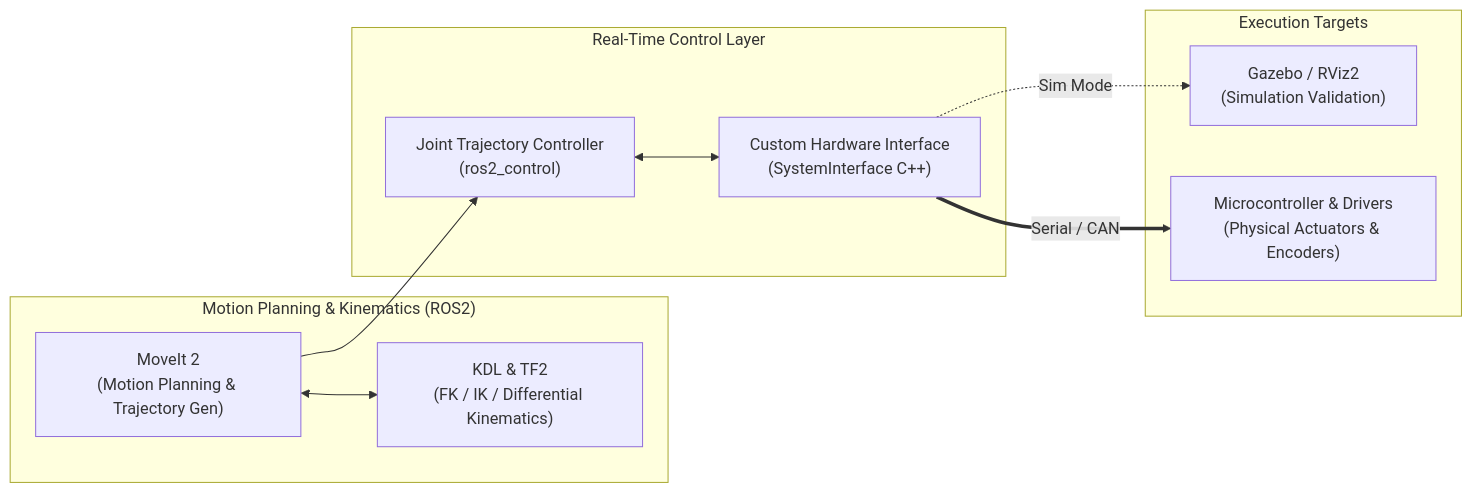
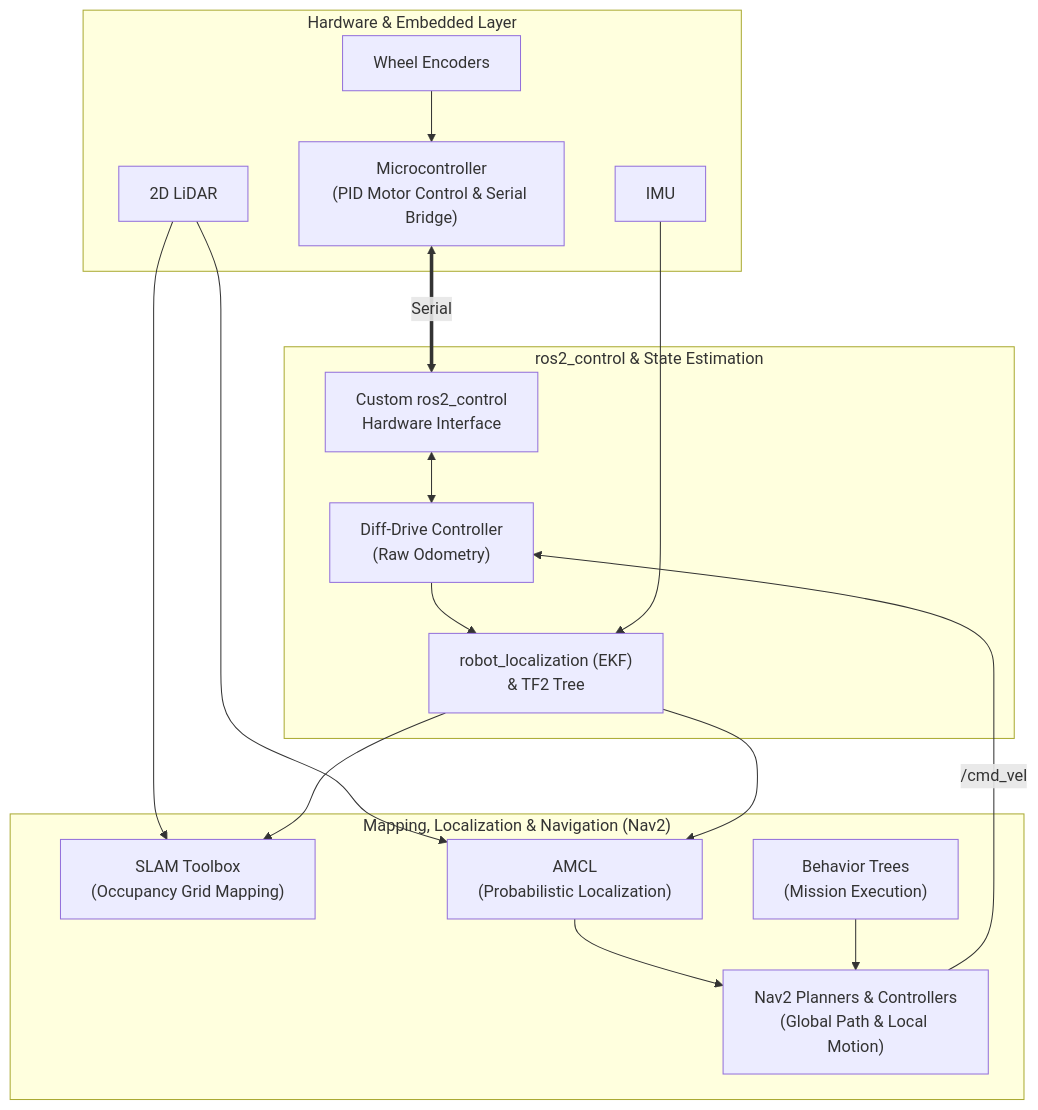
The diagram in projects/indoor-amr.md (Panosspap23/robotics-engineering-portfolio-), drawn with Mermaid before and after one commit. The commit also changed other lines of this file, not shown here.

````diff
--- a/projects/indoor-amr.md
+++ b/projects/indoor-amr.md
@@ -16,23 +16,34 @@
 ```mermaid
-flowchart LR
-    subgraph Planning ["Motion Planning & Kinematics (ROS2)"]
-        M2["MoveIt 2<br/>(Motion Planning & Trajectory Gen)"]
-        KDL["KDL & TF2<br/>(FK / IK / Differential Kinematics)"]
-        M2 <--> KDL
+flowchart TB
+    subgraph Sensors ["Hardware & Embedded Layer"]
+        ENC["Wheel Encoders"]
+        IMU["IMU"]
+        LIDAR["2D LiDAR"]
+        MCU["Microcontroller<br/>(PID Motor Control & Serial Bridge)"]
+        ENC --> MCU
     end
 
-    subgraph Control ["Real-Time Control Layer"]
-        JTC["Joint Trajectory Controller<br/>(ros2_control)"]
-        HW["Custom Hardware Interface<br/>(SystemInterface C++)"]
-        JTC <--> HW
+    subgraph Control ["ros2_control & State Estimation"]
+        HWI["Custom ros2_control<br/>Hardware Interface"]
+        DIFF["Diff-Drive Controller<br/>(Raw Odometry)"]
+        EKF["robot_localization (EKF)<br/>& TF2 Tree"]
+        MCU <== "Serial" ==> HWI
+        HWI <--> DIFF
+        DIFF --> EKF
+        IMU --> EKF
     end
 
-    subgraph Targets ["Execution Targets"]
-        SIM["Gazebo / RViz2<br/>(Simulation Validation)"]
-        MCU["Microcontroller & Drivers<br/>(Physical Actuators & Encoders)"]
+    subgraph Nav ["Mapping, Localization & Navigation (Nav2)"]
+        SLAM["SLAM Toolbox<br/>(Occupancy Grid Mapping)"]
+        AMCL["AMCL<br/>(Probabilistic Localization)"]
+        PLAN["Nav2 Planners & Controllers<br/>(Global Path & Local Motion)"]
+        BT["Behavior Trees<br/>(Mission Execution)"]
+        LIDAR --> SLAM
+        LIDAR --> AMCL
+        EKF --> SLAM
+        EKF --> AMCL
+        AMCL --> PLAN
+        BT --> PLAN
+        PLAN -- "/cmd_vel" --> DIFF
     end
-
-    M2 --> JTC
-    HW -. "Sim Mode" .-> SIM
-    HW == "Serial / CAN" ==> MCU
 ```
````
